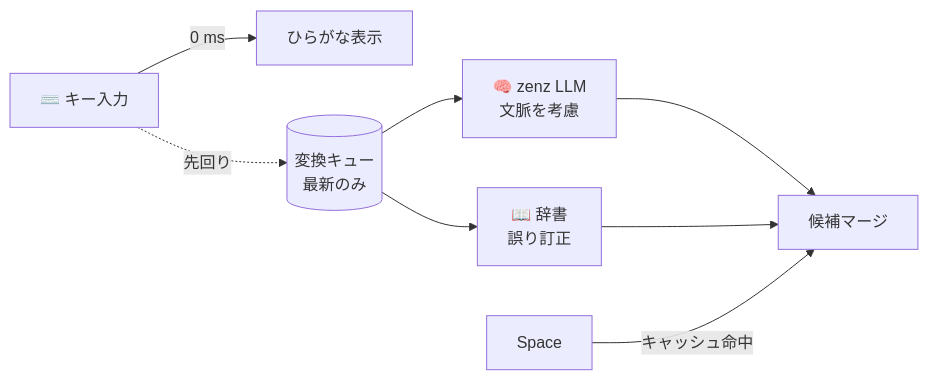
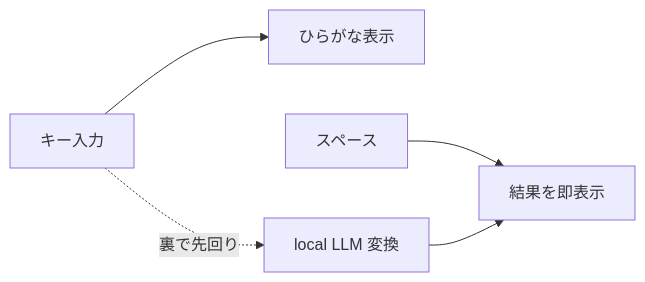
The diagram in README.md (kbizikav/hayate), drawn with Mermaid before and after one commit. The commit also changed other lines of this file and 3 other files, not shown here.

````diff
--- a/README.md
+++ b/README.md
@@ -61,10 +31,7 @@
 ```mermaid
 flowchart LR
-  K["⌨️ キー入力"] -->|0 ms| H["ひらがな表示"]
-  K -. 先回り .-> Q[("変換キュー<br/>最新のみ")]
-  Q --> L["🧠 zenz LLM<br/>文脈を考慮"]
-  Q --> D["📖 辞書<br/>誤り訂正"]
-  L --> M["候補マージ"]
-  D --> M
-  S["Space"] -->|キャッシュ命中| M
+  K["キー入力"] --> H["ひらがな表示"]
+  K -. 裏で先回り .-> L["local LLM 変換"]
+  S["スペース"] --> R["結果を即表示"]
+  L --> R
 ```
````
